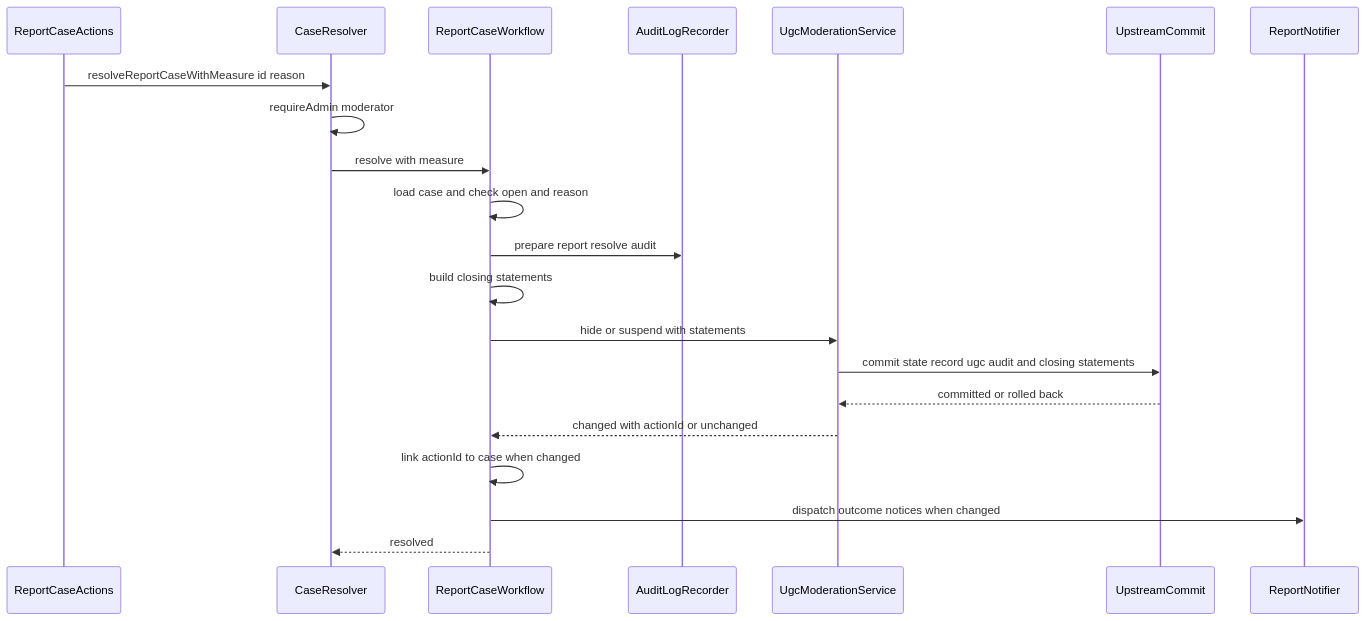
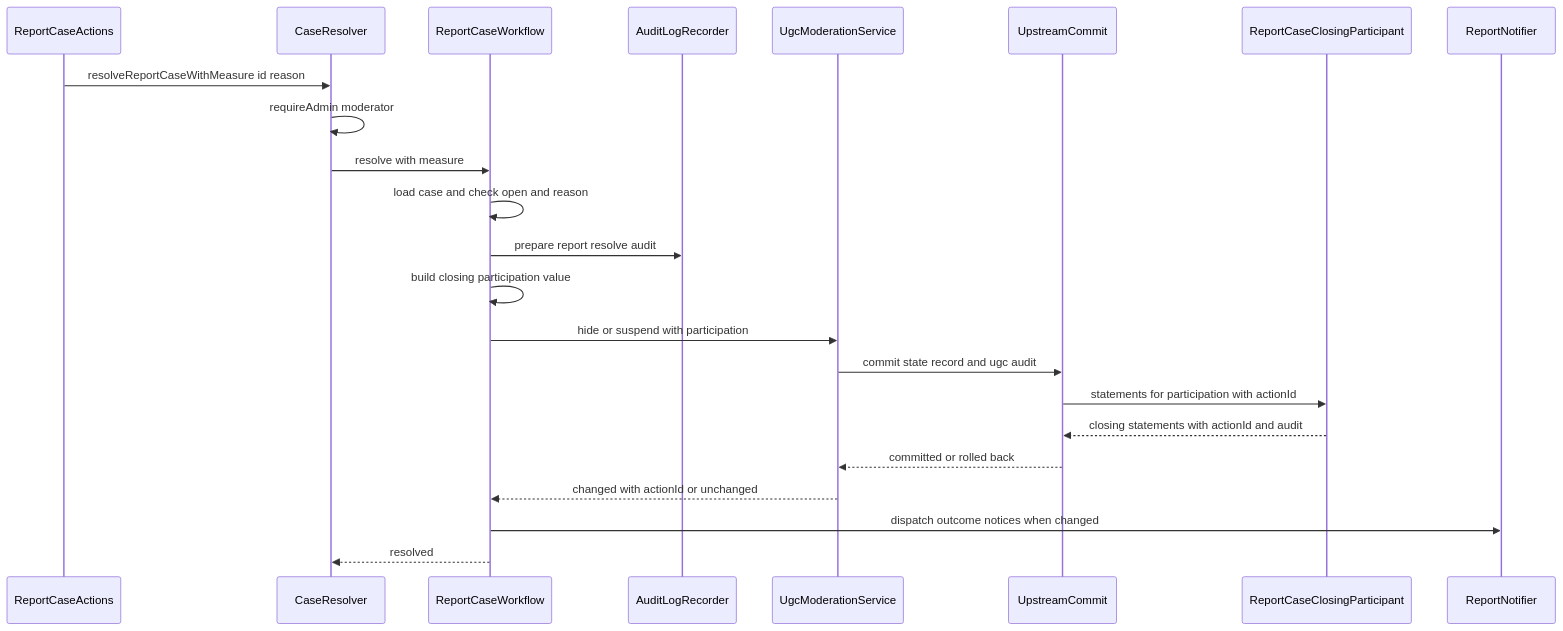
Before and after one commit to kurachiweb/genai-example-2-launch-platform: the third of 6 diagrams in .kiro/specs/content-reporting/design.md, drawn with Mermaid. The commit also changed other lines of this file and 3 other files, not shown here.

````diff
--- a/.kiro/specs/content-reporting/design.md
+++ b/.kiro/specs/content-reporting/design.md
@@ -355,23 +362,25 @@
 ```mermaid
 sequenceDiagram
     participant A as ReportCaseActions
     participant R as CaseResolver
     participant F as ReportCaseWorkflow
     participant G as AuditLogRecorder
     participant M as UgcModerationService
     participant U as UpstreamCommit
+    participant P as ReportCaseClosingParticipant
     participant N as ReportNotifier
     A->>R: resolveReportCaseWithMeasure id reason
     R->>R: requireAdmin moderator
     R->>F: resolve with measure
     F->>F: load case and check open and reason
     F->>G: prepare report resolve audit
-    F->>F: build closing statements
-    F->>M: hide or suspend with statements
-    M->>U: commit state record ugc audit and closing statements
+    F->>F: build closing participation value
+    F->>M: hide or suspend with participation
+    M->>U: commit state record and ugc audit
+    U->>P: statements for participation with actionId
+    P-->>U: closing statements with actionId and audit
     U-->>M: committed or rolled back
     M-->>F: changed with actionId or unchanged
-    F->>F: link actionId to case when changed
     F->>N: dispatch outcome notices when changed
     F-->>R: resolved
 ```
````
